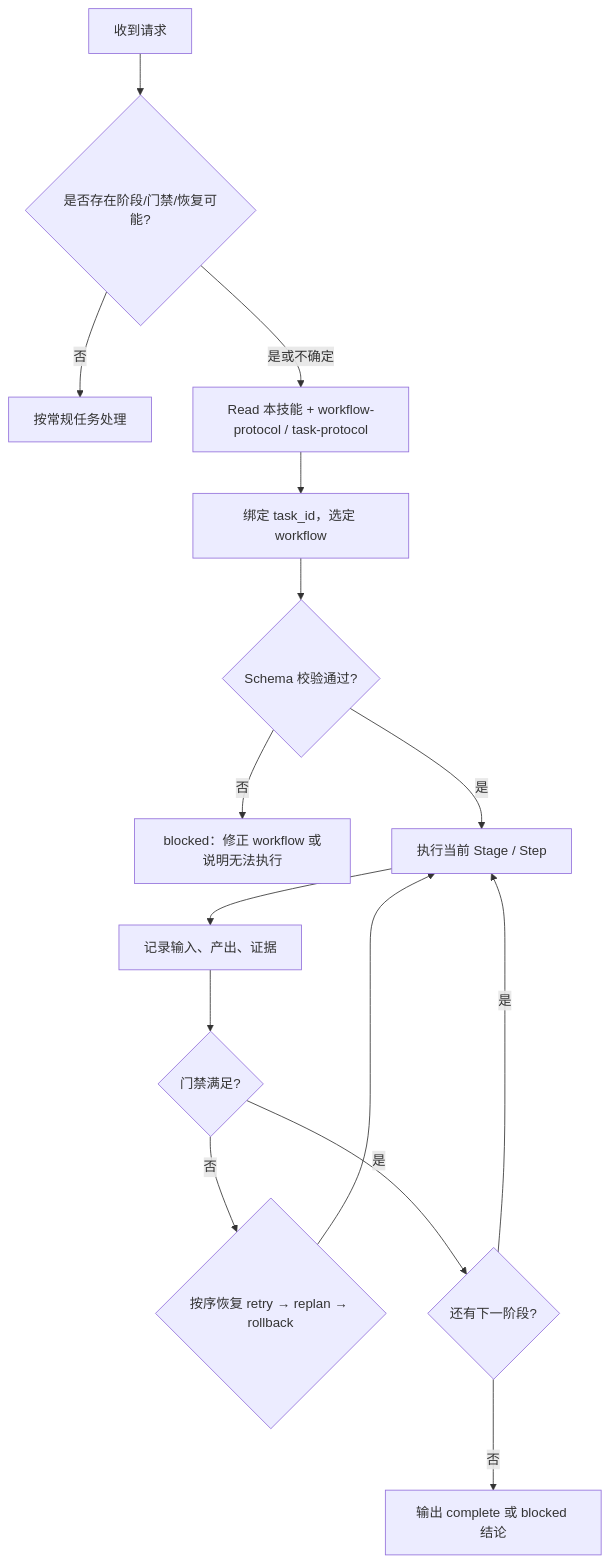
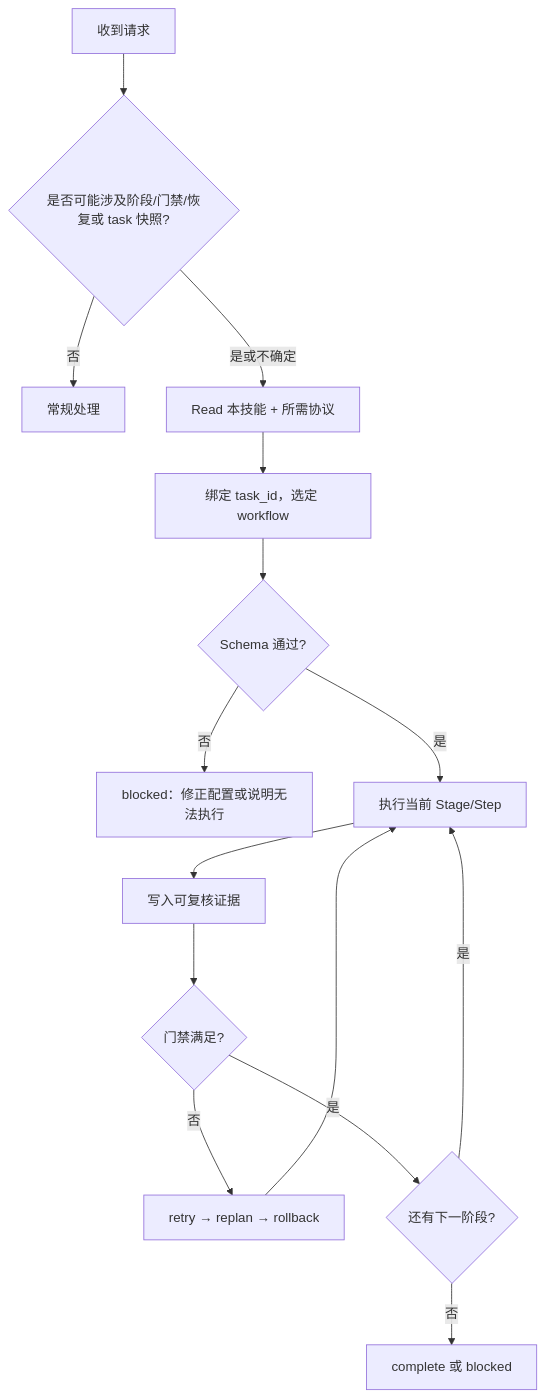
The diagram in skills/call-reason-cavalier/SKILL.md (liushoukun/reason-cavalier), drawn with Mermaid before and after one commit. The commit also changed other lines of this file and 9 other files, not shown here.

````diff
--- a/skills/call-reason-cavalier/SKILL.md
+++ b/skills/call-reason-cavalier/SKILL.md
@@ -64,17 +94,17 @@
 ```mermaid
 flowchart TD
-  R[收到请求] --> Q{是否存在阶段/门禁/恢复可能?}
-  Q -->|否| N[按常规任务处理]
-  Q -->|是或不确定| L[Read 本技能 + workflow-protocol / task-protocol]
+  R[收到请求] --> Q{是否可能涉及阶段/门禁/恢复或 task 快照?}
+  Q -->|否| N[常规处理]
+  Q -->|是或不确定| L[Read 本技能 + 所需协议]
   L --> T[绑定 task_id，选定 workflow]
-  T --> V{Schema 校验通过?}
-  V -->|否| B[blocked：修正 workflow 或说明无法执行]
-  V -->|是| S[执行当前 Stage / Step]
-  S --> E[记录输入、产出、证据]
+  T --> V{Schema 通过?}
+  V -->|否| B[blocked：修正配置或说明无法执行]
+  V -->|是| S[执行当前 Stage/Step]
+  S --> E[写入可复核证据]
   E --> G{门禁满足?}
-  G -->|否| F{按序恢复 retry → replan → rollback}
+  G -->|否| F[retry → replan → rollback]
   F --> S
   G -->|是| M{还有下一阶段?}
   M -->|是| S
-  M -->|否| C[输出 complete 或 blocked 结论]
+  M -->|否| C[complete 或 blocked]
 ```
````
